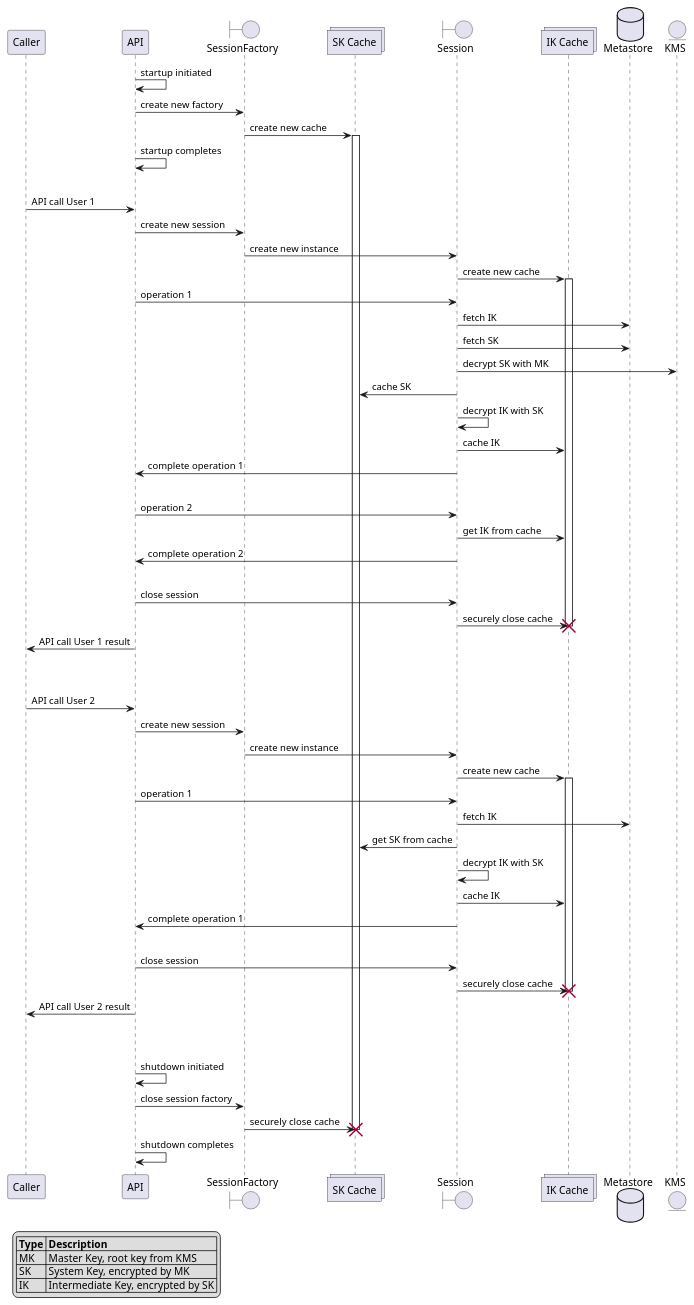
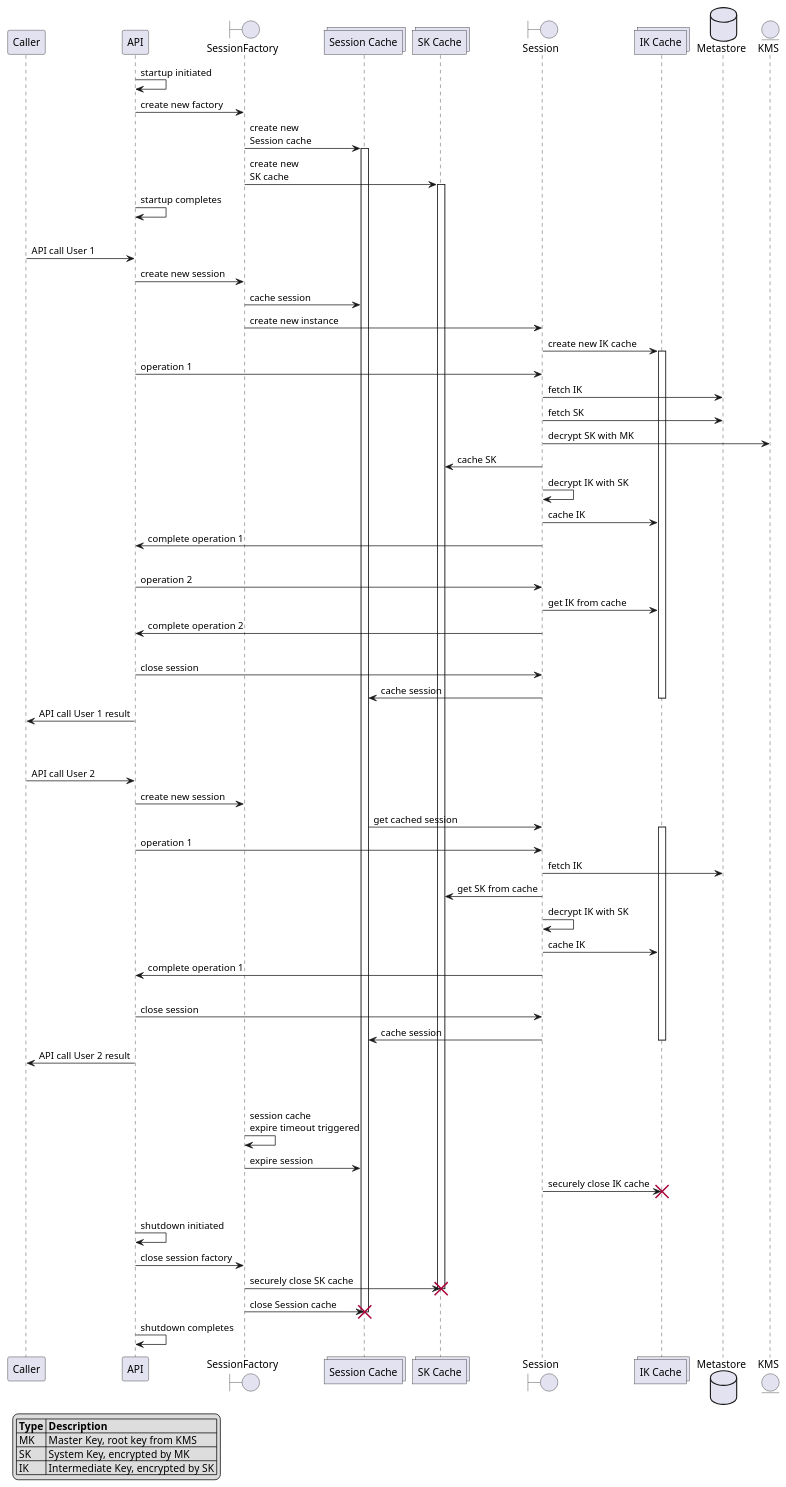
Before and after one commit to godaddy/asherah: the diagram in docs/assets/cache_lifecycles.puml, drawn with PlantUML.

Commit message:
Update cache_lifecycles.puml
update plant uml file

```diff
--- a/docs/assets/cache_lifecycles.puml
+++ b/docs/assets/cache_lifecycles.puml
@@ -1,75 +1,85 @@
 @startuml
 
 skinparam shadowing false
 
 legend left
 |= Type |= Description |
 | MK | Master Key, root key from KMS |
 | SK | System Key, encrypted by MK |
 | IK | Intermediate Key, encrypted by SK |
 endlegend
 
 participant Caller
 participant API
 boundary SessionFactory
+collections "Session Cache"
 collections "SK Cache"
 boundary Session
 collections "IK Cache"
 database Metastore
 entity KMS
 
 API -> API : startup initiated
 API -> SessionFactory : create new factory
-SessionFactory -> "SK Cache" : create new cache
+SessionFactory -> "Session Cache" : create new \nSession cache
+activate "Session Cache"
+SessionFactory -> "SK Cache" : create new \nSK cache
 activate "SK Cache"
 API -> API : startup completes
 |||
 Caller -> API : API call User 1
 API -> SessionFactory : create new session
+SessionFactory -> "Session Cache" : cache session
 SessionFactory -> Session : create new instance
-Session -> "IK Cache" : create new cache
+Session -> "IK Cache" : create new IK cache
 activate "IK Cache"
 API -> Session : operation 1
 Session -> Metastore : fetch IK
 Session -> Metastore : fetch SK
 Session -> KMS : decrypt SK with MK
 Session -> "SK Cache" : cache SK
 Session -> Session : decrypt IK with SK
 Session -> "IK Cache" : cache IK
 Session -> API : complete operation 1
 |||
 API -> Session : operation 2
 Session -> "IK Cache" : get IK from cache
 Session -> API : complete operation 2
 |||
 API -> Session : close session
-Session -> "IK Cache" : securely close cache
-destroy "IK Cache"
+Session -> "Session Cache" : cache session
+deactivate "IK Cache"
 API -> Caller : API call User 1 result
 |||
 |||
 Caller -> API : API call User 2
 API -> SessionFactory : create new session
-SessionFactory -> Session : create new instance
-Session -> "IK Cache" : create new cache
+"Session Cache" -> Session : get cached session
 activate "IK Cache"
 API -> Session : operation 1
 Session -> Metastore : fetch IK
 Session -> "SK Cache" : get SK from cache
 Session -> Session : decrypt IK with SK
 Session -> "IK Cache" : cache IK
 Session -> API : complete operation 1
 |||
 API -> Session : close session
-Session -> "IK Cache" : securely close cache
-destroy "IK Cache"
+Session -> "Session Cache" : cache session
+deactivate "IK Cache"
 API -> Caller : API call User 2 result
 |||
 |||
+SessionFactory -> SessionFactory : session cache \nexpire timeout triggered
+SessionFactory -> "Session Cache" : expire session
+Session -> "IK Cache" : securely close IK cache
+destroy "IK Cache"
+|||
 API -> API : shutdown initiated
 API -> SessionFactory : close session factory
-SessionFactory -> "SK Cache" : securely close cache
+SessionFactory -> "SK Cache" : securely close SK cache
 destroy "SK Cache"
+SessionFactory -> "Session Cache" : close Session cache
+destroy "Session Cache"
 API -> API : shutdown completes
 
 @enduml
```
